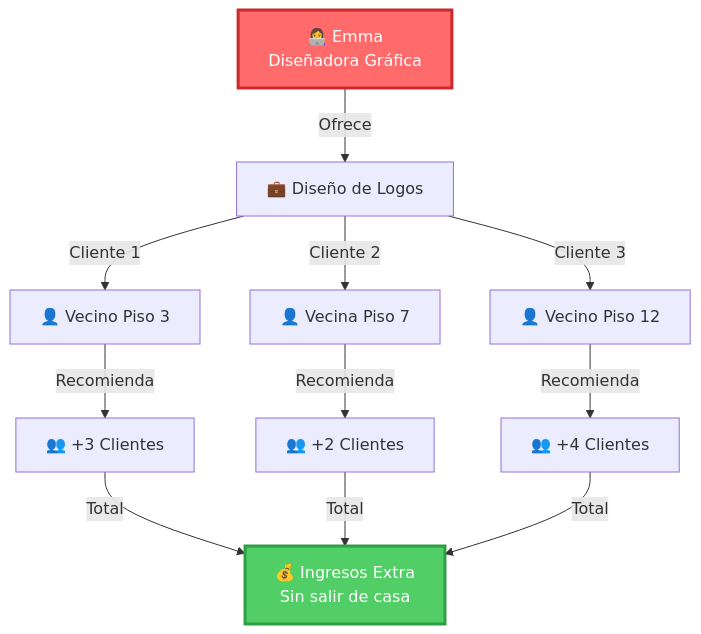
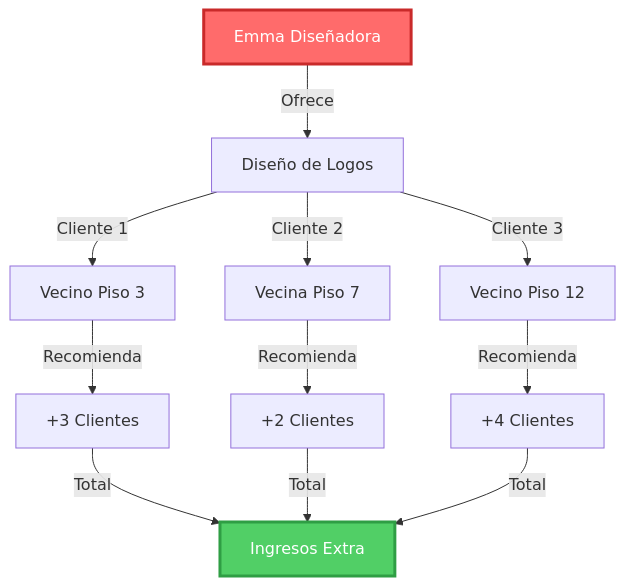
One commit to softv2ware/condomarket.api changed diagram 13 of 25 in app.spanish.md. Above: the diagram before and after it, drawn with Mermaid. The commit also changed other lines of this file, not shown here.

````diff
--- a/app.spanish.md
+++ b/app.spanish.md
@@ -613,17 +612,17 @@
 ```mermaid
 graph TB
-    E[👩‍💻 Emma<br/>Diseñadora Gráfica]
-    E -->|Ofrece| S1[💼 Diseño de Logos]
-    S1 -->|Cliente 1| C1[👤 Vecino Piso 3]
-    S1 -->|Cliente 2| C2[👤 Vecina Piso 7]
-    S1 -->|Cliente 3| C3[👤 Vecino Piso 12]
+    E[Emma Diseñadora]
+    E -->|Ofrece| S1[Diseño de Logos]
+    S1 -->|Cliente 1| C1[Vecino Piso 3]
+    S1 -->|Cliente 2| C2[Vecina Piso 7]
+    S1 -->|Cliente 3| C3[Vecino Piso 12]
     
-    C1 -->|Recomienda| C4[👥 +3 Clientes]
-    C2 -->|Recomienda| C5[👥 +2 Clientes]
-    C3 -->|Recomienda| C6[👥 +4 Clientes]
+    C1 -->|Recomienda| C4[+3 Clientes]
+    C2 -->|Recomienda| C5[+2 Clientes]
+    C3 -->|Recomienda| C6[+4 Clientes]
     
-    C4 & C5 & C6 -->|Total| R[💰 Ingresos Extra<br/>Sin salir de casa]
+    C4 & C5 & C6 -->|Total| R[Ingresos Extra]
     
     style E fill:#FF6B6B,stroke:#C92A2A,stroke-width:3px,color:#fff
     style R fill:#51CF66,stroke:#2F9E44,stroke-width:3px,color:#fff
 ```
````
